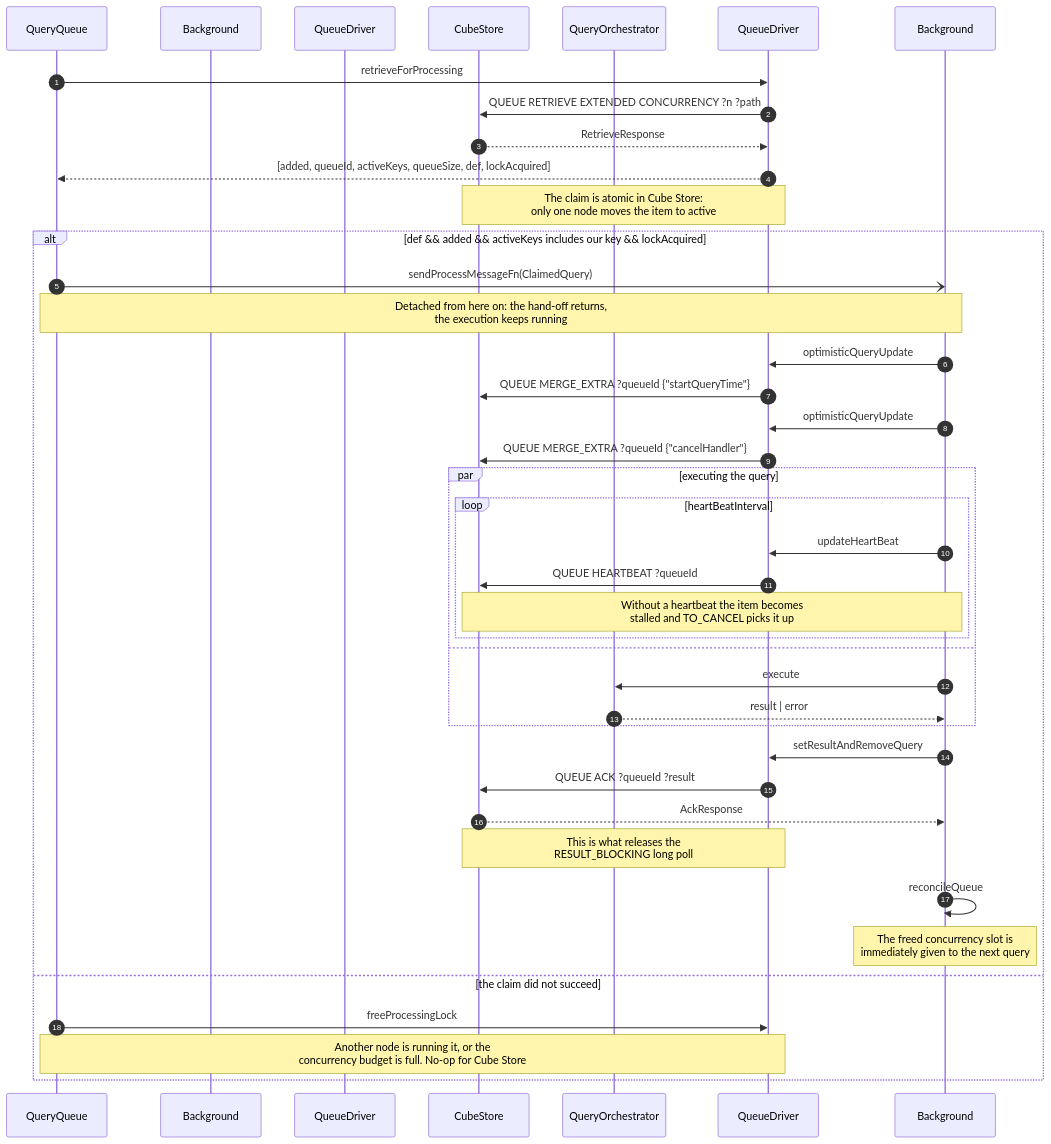
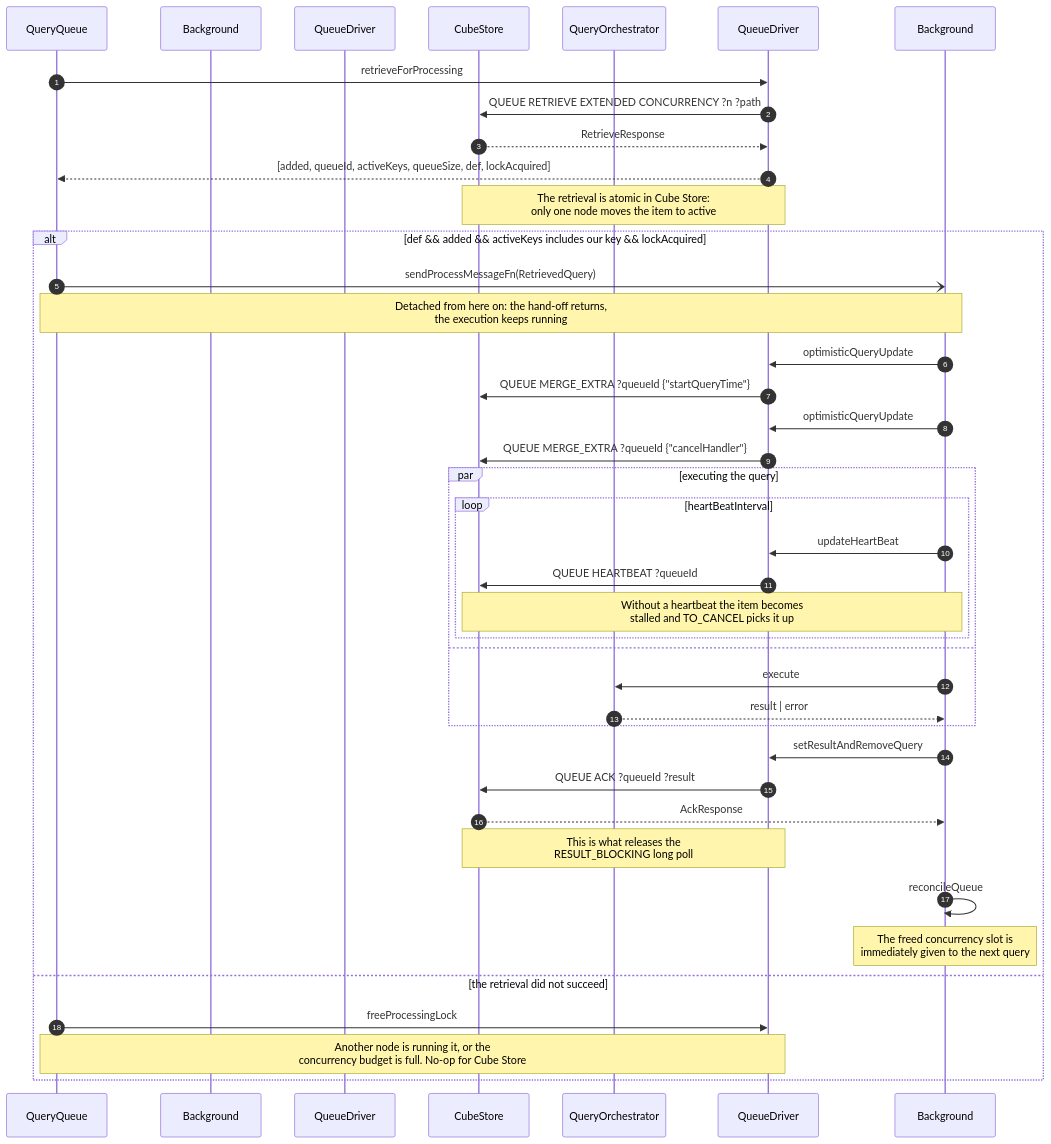
The third of 4 diagrams in packages/cubejs-query-orchestrator/DEVELOPMENT.md (cube-js/cube), drawn with Mermaid before and after one commit. The commit also changed other lines of this file and 14 other files, not shown here.

````diff
--- a/packages/cubejs-query-orchestrator/DEVELOPMENT.md
+++ b/packages/cubejs-query-orchestrator/DEVELOPMENT.md
@@ -203,48 +210,48 @@
 ```mermaid
 sequenceDiagram
     autonumber
     participant QueryQueue
     participant BackgroundQueryQueue as Background
     participant QueueDriverInterface as QueueDriver
     participant CubeStore
     participant QueryOrchestrator
 
     QueryQueue->>QueueDriver: retrieveForProcessing
     QueueDriver->>CubeStore: QUEUE RETRIEVE EXTENDED CONCURRENCY ?n ?path
     CubeStore-->>QueueDriver: RetrieveResponse
     QueueDriver-->>QueryQueue: [added, queueId, activeKeys, queueSize, def, lockAcquired]
-    Note over QueueDriver,CubeStore: The claim is atomic in Cube Store:<br/>only one node moves the item to active
+    Note over QueueDriver,CubeStore: The retrieval is atomic in Cube Store:<br/>only one node moves the item to active
 
     alt def && added && activeKeys includes our key && lockAcquired
-        QueryQueue-)Background: sendProcessMessageFn(ClaimedQuery)
+        QueryQueue-)Background: sendProcessMessageFn(RetrievedQuery)
         Note over QueryQueue,Background: Detached from here on: the hand-off returns,<br/>the execution keeps running
 
         Background->>QueueDriver: optimisticQueryUpdate
         QueueDriver->>CubeStore: QUEUE MERGE_EXTRA ?queueId {"startQueryTime"}
 
         Background->>QueueDriver: optimisticQueryUpdate
         QueueDriver->>CubeStore: QUEUE MERGE_EXTRA ?queueId {"cancelHandler"}
 
         par executing the query
             loop heartBeatInterval
                 Background->>QueueDriver: updateHeartBeat
                 QueueDriver->>CubeStore: QUEUE HEARTBEAT ?queueId
                 Note over Background,CubeStore: Without a heartbeat the item becomes<br/>stalled and TO_CANCEL picks it up
             end
         and
             Background->>QueryOrchestrator: execute
             QueryOrchestrator-->>Background: result | error
         end
 
         Background->>QueueDriver: setResultAndRemoveQuery
         QueueDriver->>CubeStore: QUEUE ACK ?queueId ?result
         CubeStore-->>Background: AckResponse
         Note over QueueDriver,CubeStore: This is what releases the<br/>RESULT_BLOCKING long poll
 
         Background->>Background: reconcileQueue
         Note over Background: The freed concurrency slot is<br/>immediately given to the next query
-    else the claim did not succeed
+    else the retrieval did not succeed
         QueryQueue->>QueueDriver: freeProcessingLock
         Note over QueryQueue,QueueDriver: Another node is running it, or the<br/>concurrency budget is full. No-op for Cube Store
     end
 ```
````
